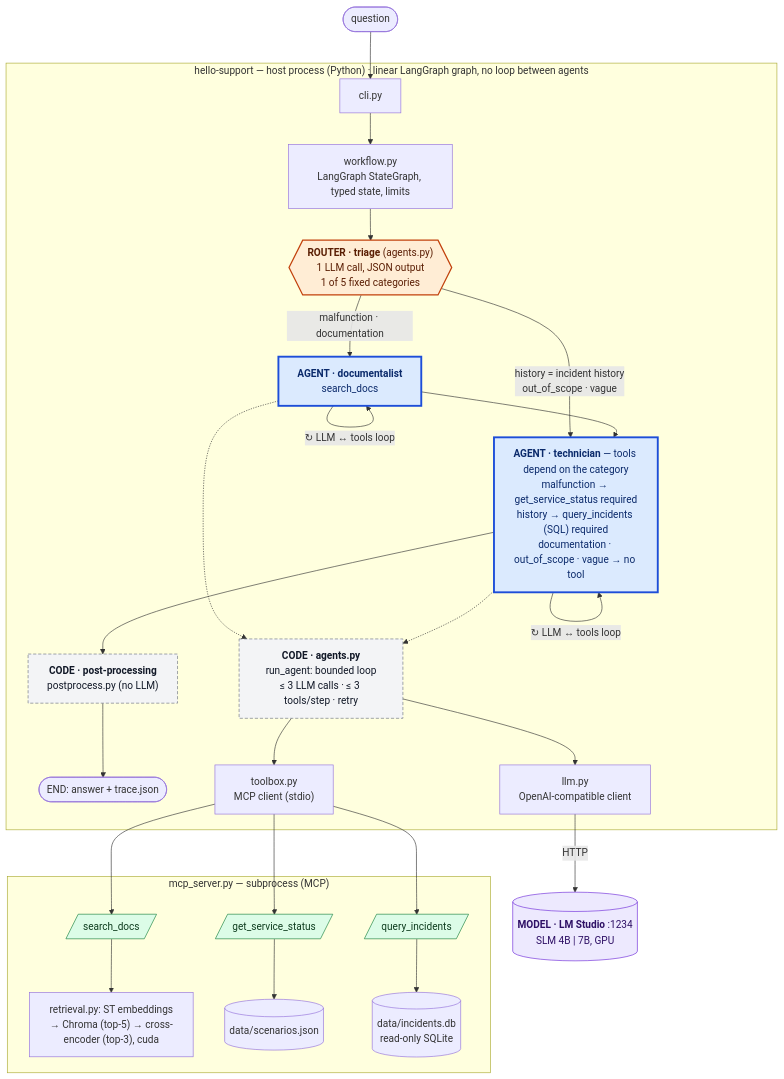
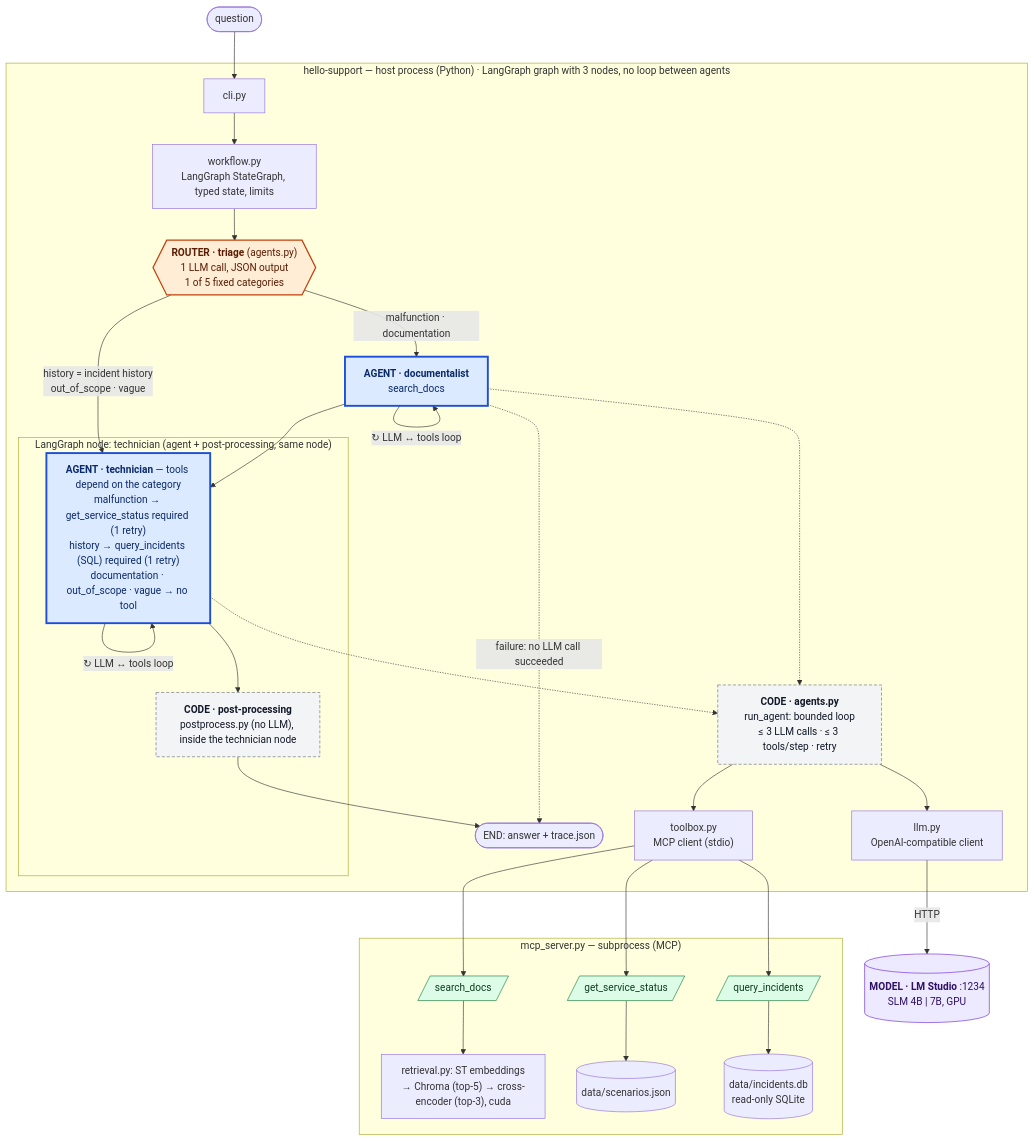
One commit to StephaneHe/HelloSupport changed the diagram in docs/SPEC.md. Above: the diagram before and after it, drawn with Mermaid. The commit also changed other lines of this file and 34 other files, not shown here.

First line of the commit message:
Resolve the documentation-to-code review findings (v1.11.2)

````diff
--- a/docs/SPEC.md
+++ b/docs/SPEC.md
@@ -87,43 +101,48 @@
 ```mermaid
 flowchart TB
     Q(["question"]) --> CLI
 
-    subgraph HOST["hello-support — host process (Python) · linear LangGraph graph, no loop between agents"]
+    subgraph HOST["hello-support — host process (Python) · LangGraph graph with 3 nodes, no loop between agents"]
         CLI["cli.py"] --> WF["workflow.py<br/>LangGraph StateGraph, typed state, limits"]
         WF --> TRI{{"<b>ROUTER · triage</b> (agents.py)<br/>1 LLM call, JSON output<br/>1 of 5 fixed categories"}}
+        subgraph TECNODE["LangGraph node: technician (agent + post-processing, same node)"]
+            TEC["<b>AGENT · technician</b> — tools depend on the category<br/>malfunction → get_service_status required (1 retry)<br/>history → query_incidents (SQL) required (1 retry)<br/>documentation · out_of_scope · vague → no tool"]
+            PP["<b>CODE · post-processing</b><br/>postprocess.py (no LLM), inside the technician node"]
+        end
         TRI -->|"malfunction · documentation"| DOC["<b>AGENT · documentalist</b><br/>search_docs"]
         TRI -->|"history = incident history<br/>out_of_scope · vague"| TEC
         DOC -->|"↻ LLM ↔ tools loop"| DOC
-        DOC --> TEC["<b>AGENT · technician</b> — tools depend on the category<br/>malfunction → get_service_status required<br/>history → query_incidents (SQL) required<br/>documentation · out_of_scope · vague → no tool"]
+        DOC --> TEC
         TEC -->|"↻ LLM ↔ tools loop"| TEC
-        TEC --> PP["<b>CODE · post-processing</b><br/>postprocess.py (no LLM)"]
+        TEC --> PP
         PP --> FIN(["END: answer + trace.json"])
+        DOC -.->|"failure: no LLM call succeeded"| FIN
         AG["<b>CODE · agents.py</b><br/>run_agent: bounded loop<br/>≤ 3 LLM calls · ≤ 3 tools/step · retry"]
         LLM["llm.py<br/>OpenAI-compatible client"]
         MC["toolbox.py<br/>MCP client (stdio)"]
         DOC & TEC -.-> AG
         AG --> LLM
         AG --> MC
     end
 
     LLM -- "HTTP" --> LMS[("<b>MODEL · LM Studio</b> :1234<br/>SLM 4B | 7B, GPU")]
 
     subgraph SRV["mcp_server.py — subprocess (MCP)"]
         T1[/"search_docs"/] --> R["retrieval.py: ST embeddings<br/>→ Chroma (top-5) → cross-encoder (top-3), cuda"]
         T2[/"get_service_status"/] --> SC[("data/scenarios.json")]
         T3[/"query_incidents"/] --> DB[("data/incidents.db<br/>read-only SQLite")]
     end
 
     MC --> T1 & T2 & T3
 
     classDef agent fill:#dbeafe,stroke:#1d4ed8,stroke-width:3px,color:#0b2a6b
     classDef router fill:#ffedd5,stroke:#c2410c,stroke-width:2px,color:#5a1d03
     classDef code fill:#f3f4f6,stroke:#6b7280,stroke-width:1px,stroke-dasharray:5 3,color:#111827
     classDef tool fill:#dcfce7,stroke:#15803d,color:#0f3d1f
     classDef model fill:#ede9fe,stroke:#6d28d9,color:#2e1065
     class DOC,TEC agent
     class TRI router
     class PP,AG code
     class T1,T2,T3 tool
     class LMS model
 ```
````
